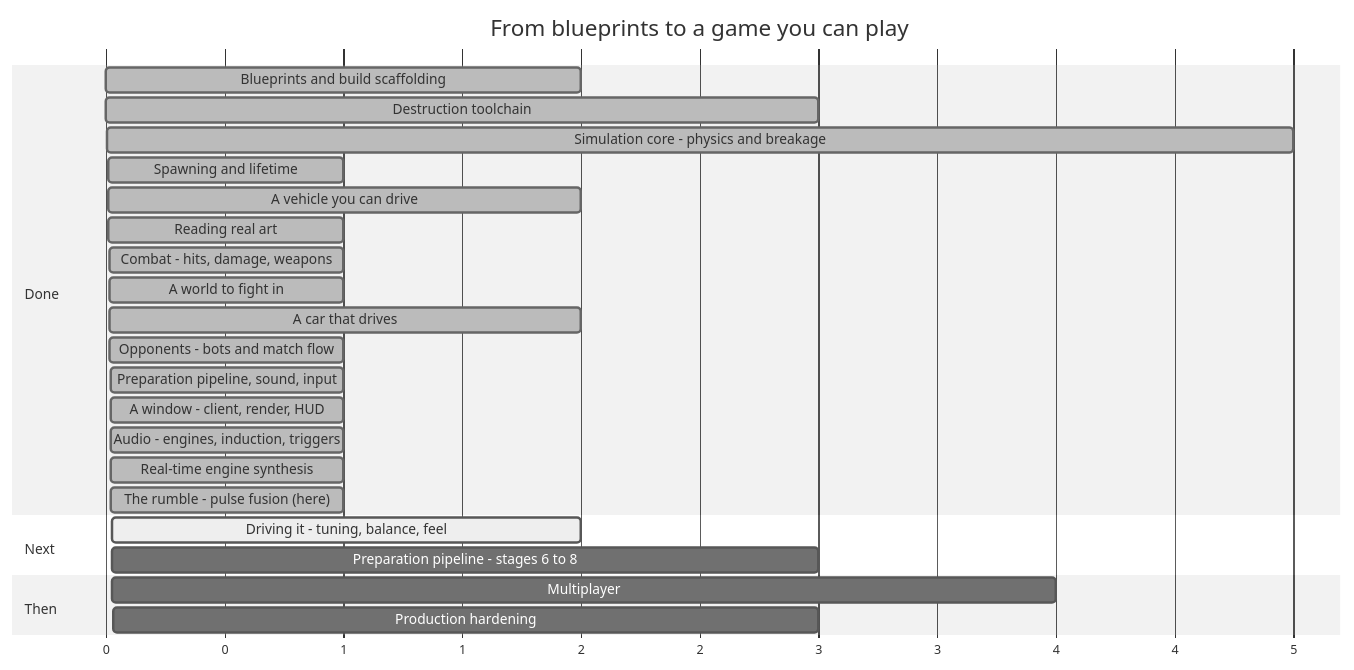
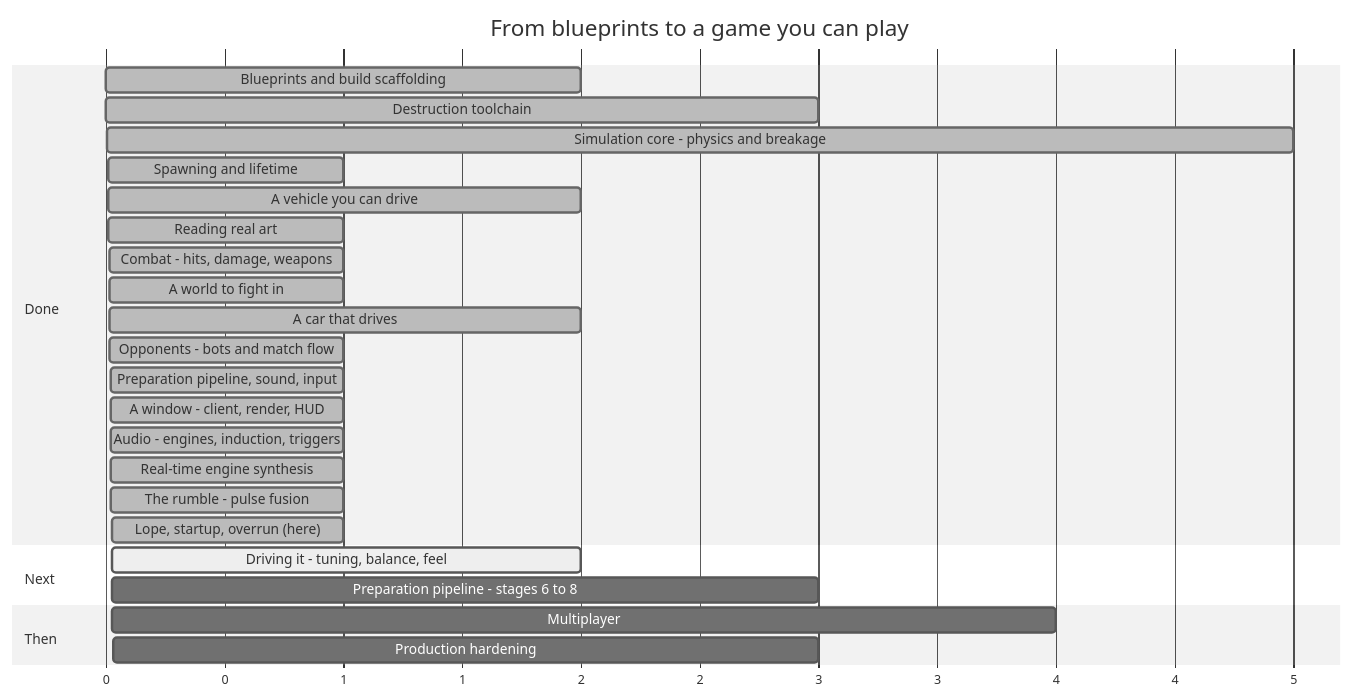
One commit to RobLobsta/Syndicate changed the diagram in ROADMAP.md. Above: the diagram before and after it, drawn with Mermaid (neutral theme). The commit also changed other lines of this file and 12 other files, not shown here.

````diff
--- a/ROADMAP.md
+++ b/ROADMAP.md
@@ -18,31 +18,32 @@
 ```mermaid
 gantt
     title From blueprints to a game you can play
     dateFormat X
     axisFormat %s
 
     section Done
     Blueprints and build scaffolding        :done, p0, 0, 2
     Destruction toolchain                   :done, p1, 2, 3
     Simulation core - physics and breakage   :done, p2, 5, 5
     Spawning and lifetime                   :done, p3, 10, 1
     A vehicle you can drive                 :done, p4, 11, 2
     Reading real art                        :done, p6a, 13, 1
     Combat - hits, damage, weapons          :done, p5, 14, 1
     A world to fight in                     :done, p6, 15, 1
     A car that drives                       :done, p6b, 16, 2
     Opponents - bots and match flow         :done, p8, 18, 1
     Preparation pipeline, sound, input      :done, p6c, 19, 1
     A window - client, render, HUD          :done, p7, 20, 1
     Audio - engines, induction, triggers    :done, p7b, 21, 1
     Real-time engine synthesis              :done, p7c, 22, 1
-    The rumble - pulse fusion (here)        :done, p7d, 23, 1
+    The rumble - pulse fusion               :done, p7d, 23, 1
+    Lope, startup, overrun (here)           :done, p7e, 24, 1
 
     section Next
-    Driving it - tuning, balance, feel      :active, p11, 24, 2
-    Preparation pipeline - stages 6 to 8    :p6d, 25, 3
+    Driving it - tuning, balance, feel      :active, p11, 25, 2
+    Preparation pipeline - stages 6 to 8    :p6d, 26, 3
 
     section Then
-    Multiplayer                             :p9, 27, 4
-    Production hardening                    :p10, 31, 3
+    Multiplayer                             :p9, 28, 4
+    Production hardening                    :p10, 32, 3
 ```
````
